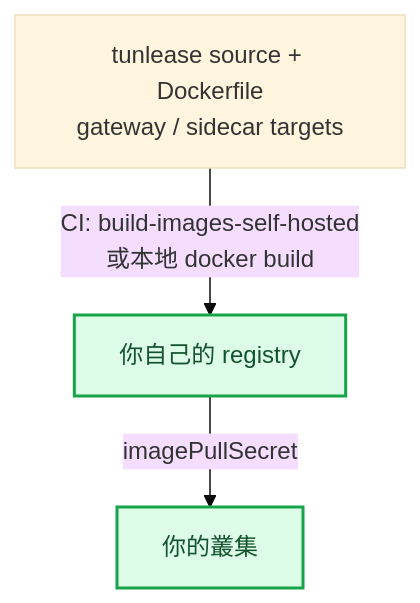
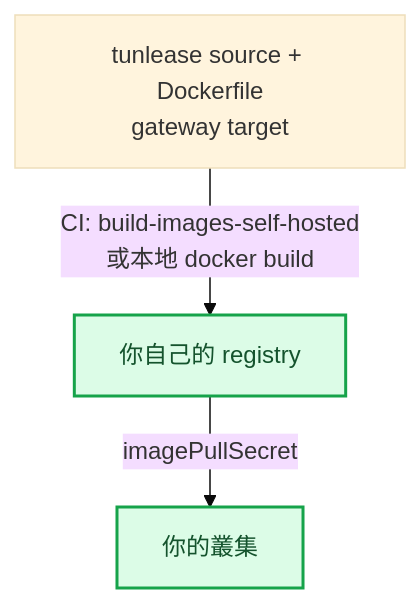
The second of 2 diagrams in docs/platform-deployment.zh-TW.md (iml885203/tunlease), drawn with Mermaid (base theme) before and after one commit. The commit also changed other lines of this file and 31 other files, not shown here.

````diff
--- a/docs/platform-deployment.zh-TW.md
+++ b/docs/platform-deployment.zh-TW.md
@@ -66,11 +65,11 @@
 ```mermaid
 flowchart TD
-    Src[tunlease source + Dockerfile<br/>gateway / sidecar targets]
+    Src[tunlease source + Dockerfile<br/>gateway target]
 
     Src -->|CI: build-images-self-hosted<br/>或本地 docker build| Own[你自己的 registry]
 
     Own -->|imagePullSecret| YourK8s[你的叢集]
 
     classDef team fill:#dcfce7,stroke:#16a34a,color:#14532d,stroke-width:2px;
     class Own,YourK8s team;
 ```
````
